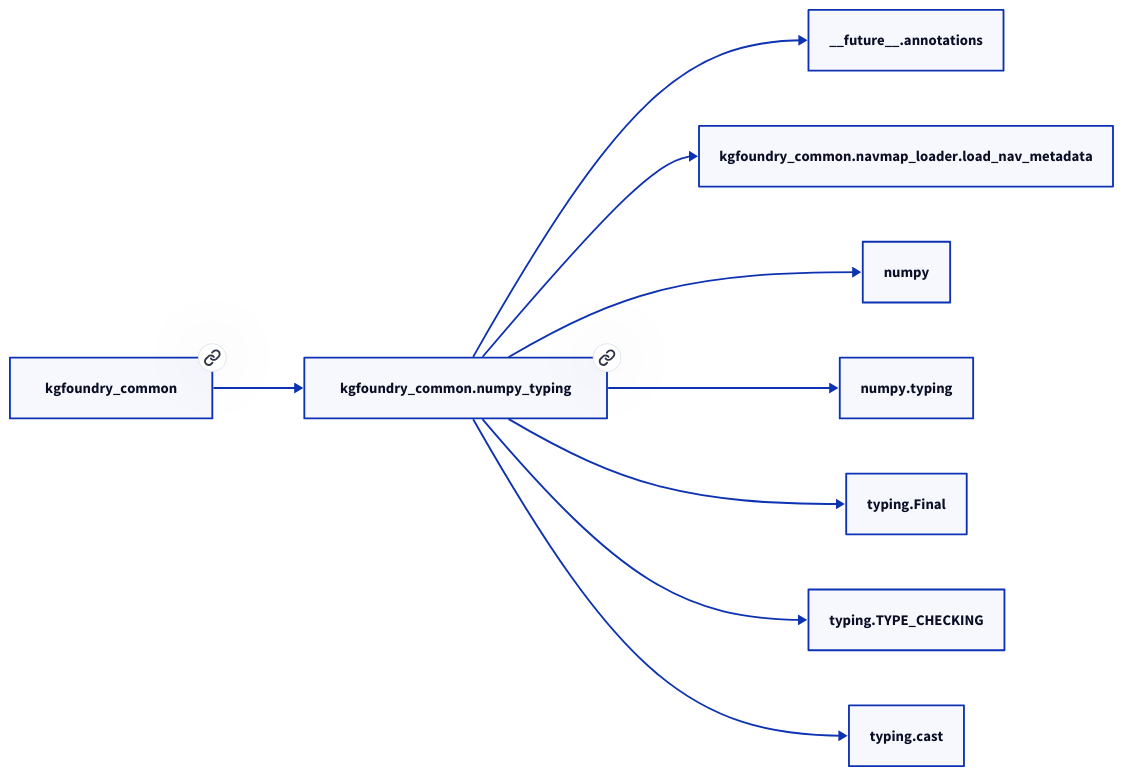
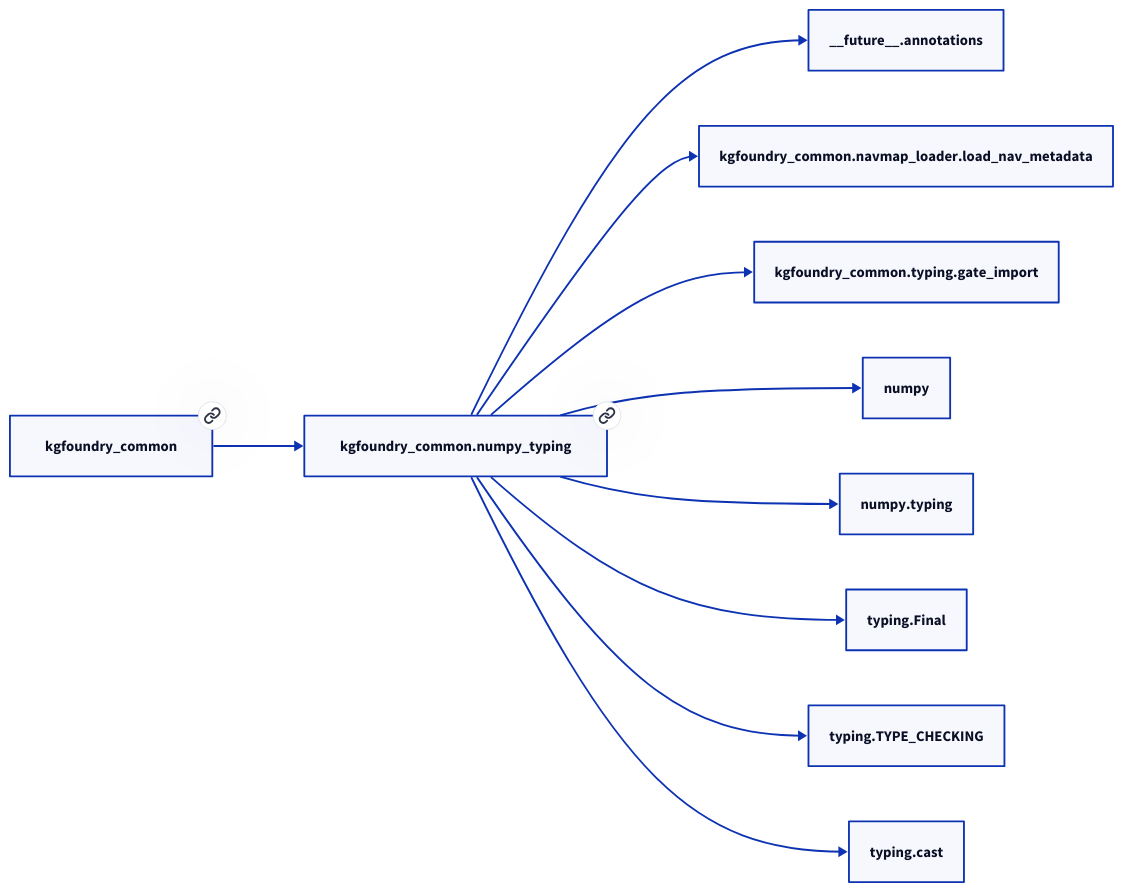
One commit to paul-heyse/kgforge changed the diagram in docs/modules/kgfoundry_common/numpy_typing.md. Above: the diagram before and after it, drawn with D2. The commit also changed other lines of this file and 107 other files, not shown here.

````diff
--- a/docs/modules/kgfoundry_common/numpy_typing.md
+++ b/docs/modules/kgfoundry_common/numpy_typing.md
@@ -41,20 +41,22 @@
 ```d2
 direction: right
 "kgfoundry_common.numpy_typing": "kgfoundry_common.numpy_typing" { link: "https://github.com/paul-heyse/kgfoundry/blob/main/src/kgfoundry_common/numpy_typing.py" }
 "__future__.annotations": "__future__.annotations"
 "kgfoundry_common.numpy_typing" -> "__future__.annotations"
 "kgfoundry_common.navmap_loader.load_nav_metadata": "kgfoundry_common.navmap_loader.load_nav_metadata"
 "kgfoundry_common.numpy_typing" -> "kgfoundry_common.navmap_loader.load_nav_metadata"
+"kgfoundry_common.typing.gate_import": "kgfoundry_common.typing.gate_import"
+"kgfoundry_common.numpy_typing" -> "kgfoundry_common.typing.gate_import"
 "numpy": "numpy"
 "kgfoundry_common.numpy_typing" -> "numpy"
 "numpy.typing": "numpy.typing"
 "kgfoundry_common.numpy_typing" -> "numpy.typing"
 "typing.Final": "typing.Final"
 "kgfoundry_common.numpy_typing" -> "typing.Final"
 "typing.TYPE_CHECKING": "typing.TYPE_CHECKING"
 "kgfoundry_common.numpy_typing" -> "typing.TYPE_CHECKING"
 "typing.cast": "typing.cast"
 "kgfoundry_common.numpy_typing" -> "typing.cast"
 "kgfoundry_common": "kgfoundry_common" { link: "https://github.com/paul-heyse/kgfoundry/blob/main/src/kgfoundry_common/__init__.py" }
 "kgfoundry_common" -> "kgfoundry_common.numpy_typing" { style: dashed }
 ```
````
